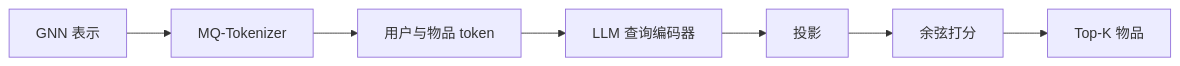
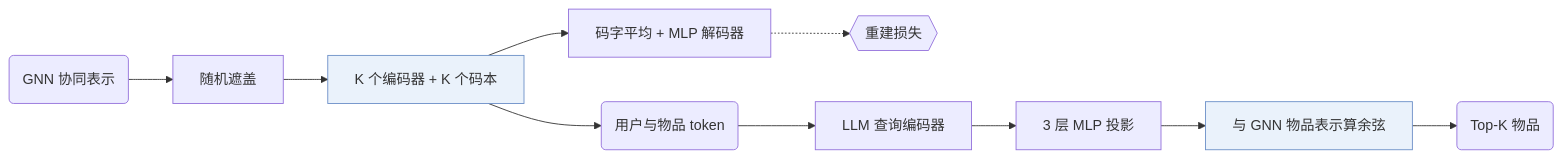
One commit to Galaxy-ghost/Awesome-SID-Generative-Rec changed the diagram in notes/zh/tokenrec.md. Above: the diagram before and after it, drawn with Mermaid. The commit also changed 521 other files, not shown here.

Commit message:
writer-04 part 3: algorithm diagrams with shared shape conventions, README hero and paper cards, archive removed

````diff
--- a/notes/zh/tokenrec.md
+++ b/notes/zh/tokenrec.md
@@ -11,9 +11,13 @@
 ```mermaid
 flowchart LR
-    A[GNN 表示] --> B[MQ-Tokenizer]
-    B --> C[用户与物品 token]
-    C --> D[LLM 查询编码器]
-    D --> E[投影]
-    E --> F[余弦打分]
-    F --> G[Top-K 物品]
+    A("GNN 协同表示") --> B["随机遮盖"]
+    B --> C["K 个编码器 + K 个码本"]:::key
+    C --> D("用户与物品 token")
+    C --> E["码字平均 + MLP 解码器"]
+    E -.-> L1{{"重建损失"}}
+    D --> F["LLM 查询编码器"]
+    F --> G["3 层 MLP 投影"]
+    G --> H["与 GNN 物品表示算余弦"]:::key
+    H --> I("Top-K 物品")
+    classDef key fill:#eaf2fb,stroke:#6b8fc7
 ```
````
